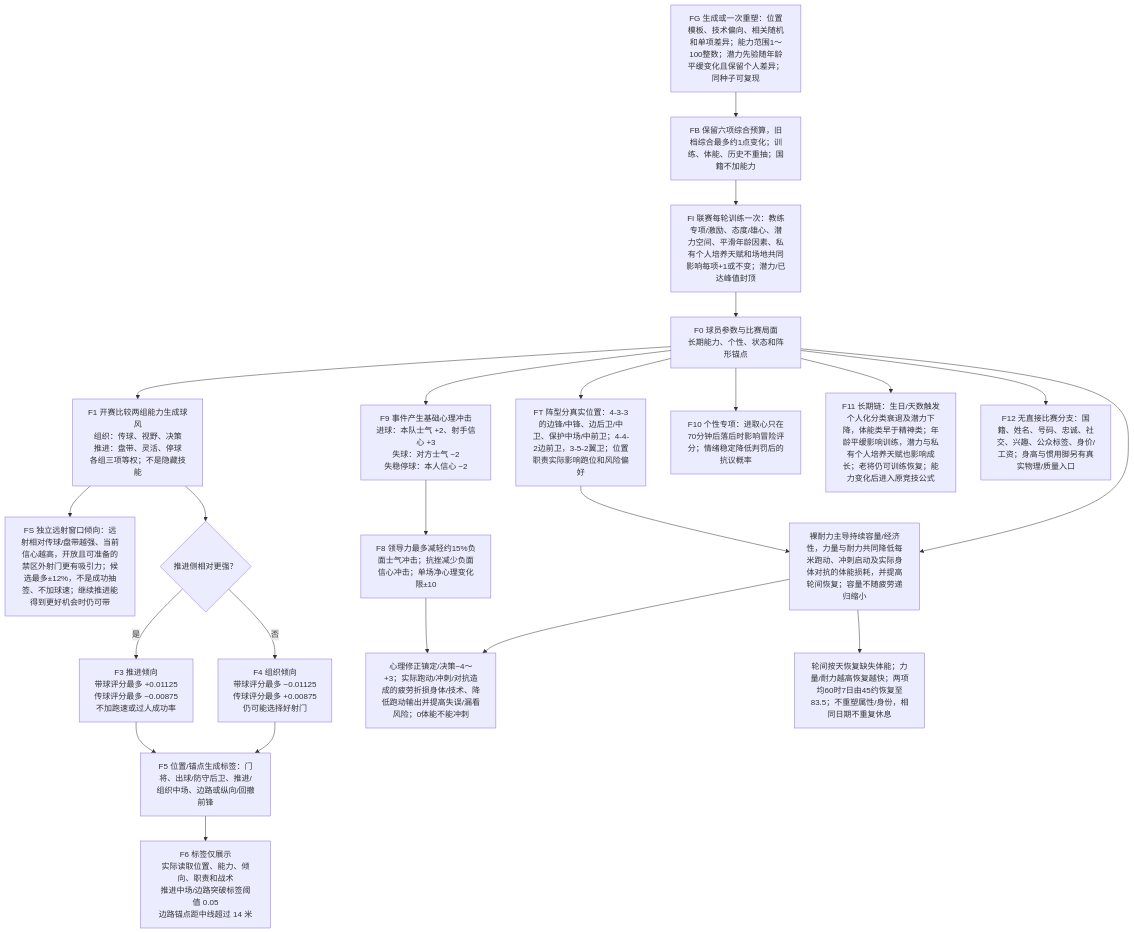
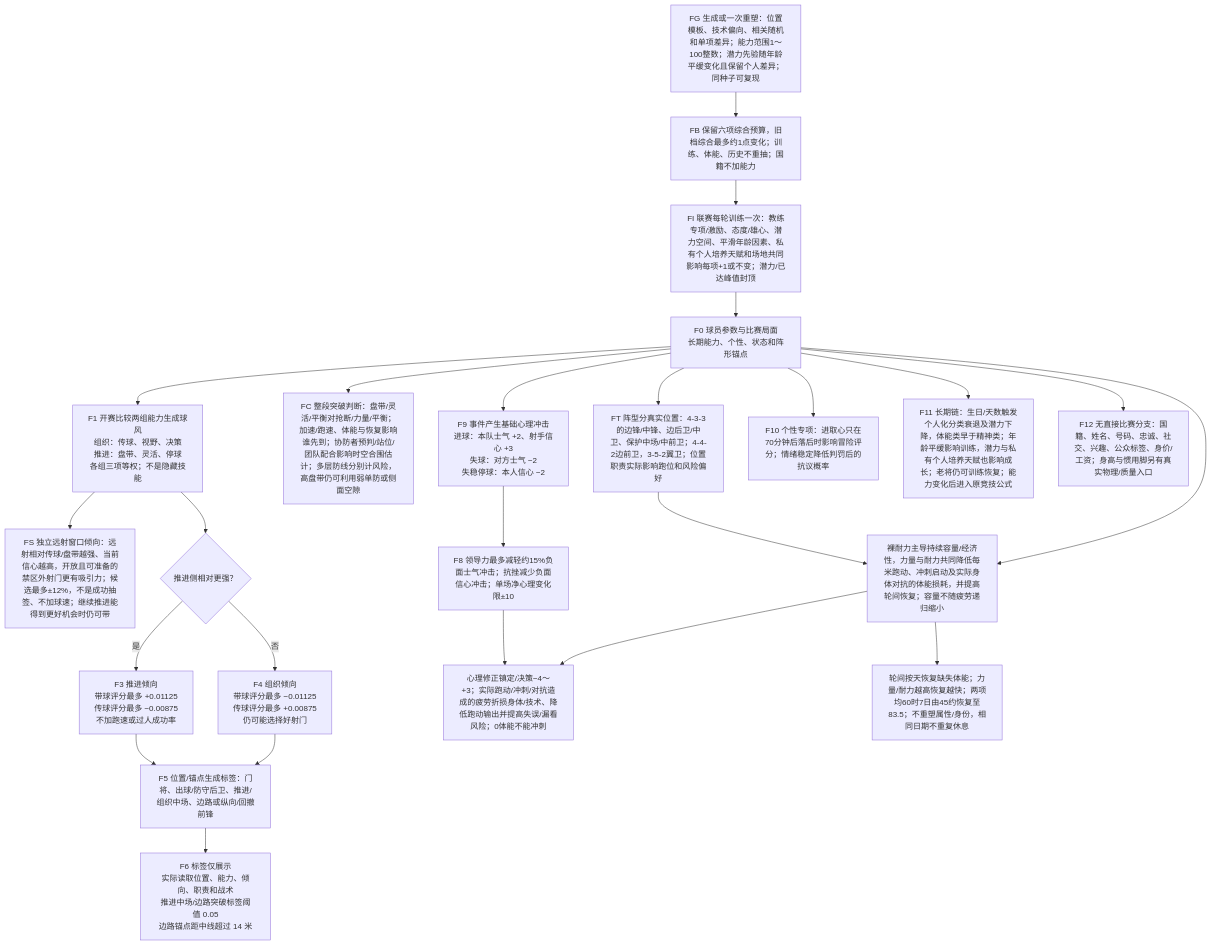
One commit to sixu3575/touchline-manager changed the sixth of 7 diagrams in packages/shared/modules/matches/design/PLAYER_DECISION_MAP.md. Above: the diagram before and after it, drawn with Mermaid. The commit also changed other lines of this file and 14 other files, not shown here.

````diff
--- a/packages/shared/modules/matches/design/PLAYER_DECISION_MAP.md
+++ b/packages/shared/modules/matches/design/PLAYER_DECISION_MAP.md
@@ -260,25 +261,26 @@
 ```mermaid
 flowchart TD
   FG["FG 生成或一次重塑：位置模板、技术偏向、相关随机和单项差异；能力范围1～100整数；潜力先验随年龄平缓变化且保留个人差异；同种子可复现"] --> FB["FB 保留六项综合预算，旧档综合最多约1点变化；训练、体能、历史不重抽；国籍不加能力"]
   FB --> FI["FI 联赛每轮训练一次：教练专项/激励、态度/雄心、潜力空间、平滑年龄因素、私有个人培养天赋和场地共同影响每项+1或不变；潜力/已达峰值封顶"]
   FI --> F0
   F0["F0 球员参数与比赛局面<br/>长期能力、个性、状态和阵形锚点"] --> F1["F1 开赛比较两组能力生成球风<br/>组织：传球、视野、决策<br/>推进：盘带、灵活、停球<br/>各组三项等权；不是隐藏技能"]
   F1 --> FS["FS 独立远射窗口倾向：远射相对传球/盘带越强、当前信心越高，开放且可准备的禁区外射门更有吸引力；候选最多±12%，不是成功抽签、不加球速；继续推进能得到更好机会时仍可带"]
+  F0 --> FC["FC 整段突破判断：盘带/灵活/平衡对抢断/力量/平衡；加速/跑速、体能与恢复影响谁先到；协防者预判/站位/团队配合影响时空合围估计；多层防线分别计风险，高盘带仍可利用弱单防或侧面空隙"]
   F1 --> F2{"推进侧相对更强？"}
   F2 -->|是| F3["F3 推进倾向<br/>带球评分最多 +0.01125<br/>传球评分最多 −0.00875<br/>不加跑速或过人成功率"]
   F2 -->|否| F4["F4 组织倾向<br/>带球评分最多 −0.01125<br/>传球评分最多 +0.00875<br/>仍可能选择好射门"]
   F3 --> F5["F5 位置/锚点生成标签：门将、出球/防守后卫、推进/组织中场、边路或纵向/回撤前锋"]
   F4 --> F5
   F5 --> F6["F6 标签仅展示<br/>实际读取位置、能力、倾向、职责和战术<br/>推进中场/边路突破标签阈值 0.05<br/>边路锚点距中线超过 14 米"]
   F0 --> FT["FT 阵型分真实位置：4-3-3的边锋/中锋、边后卫/中卫、保护中场/中前卫；4-4-2边前卫，3-5-2翼卫；位置职责实际影响跑位和风险偏好"]
   FT --> FP["FP 战术决定配合职责与候选收益；能力决定能否及时到位、技术质量与个人选择；球风标签仍不提供额外能力"]
   F0 --> F9["F9 事件产生基础心理冲击<br/>进球：本队士气 +2、射手信心 +3<br/>失球：对方士气 −2<br/>失稳停球：本人信心 −2"]
   F9 --> F8["F8 领导力最多减轻约15%负面士气冲击；抗挫减少负面信心冲击；单场净心理变化限±10"]
   F8 --> F7["心理修正镇定/决策−4～+3；实际跑动/冲刺/对抗造成的疲劳折损身体/技术、降低跑动输出并提高失误/漏看风险；0体能不能冲刺"]
   F0 --> FP["裸耐力主导持续容量/经济性，力量与耐力共同降低每米跑动、冲刺启动及实际身体对抗的体能损耗，并提高轮间恢复；容量不随疲劳递归缩小"]
   FP --> F7
   FP --> FR["轮间按天恢复缺失体能；力量/耐力越高恢复越快；两项均60时7日由45约恢复至83.5；不重塑属性/身份，相同日期不重复休息"]
   F0 --> F10["F10 个性专项：进取心只在70分钟后落后时影响冒险评分；情绪稳定降低判罚后的抗议概率"]
   F0 --> F11["F11 长期链：生日/天数触发个人化分类衰退及潜力下降，体能类早于精神类；年龄平缓影响训练，潜力与私有个人培养天赋也影响成长；老将仍可训练恢复；能力变化后进入原竞技公式"]
   F0 --> F12["F12 无直接比赛分支：国籍、姓名、号码、忠诚、社交、兴趣、公众标签、身价/工资；身高与惯用脚另有真实物理/质量入口"]
 ```
````
